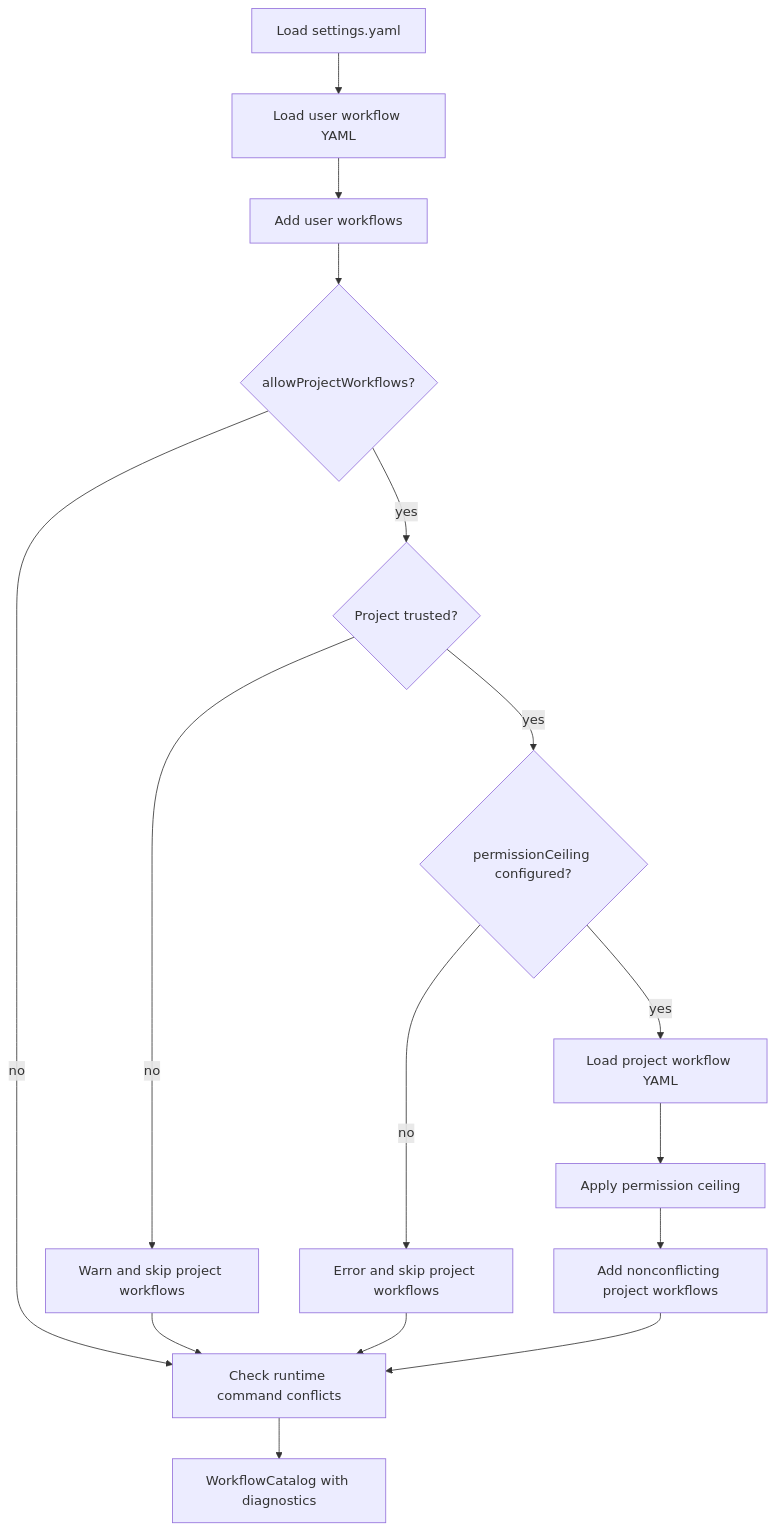
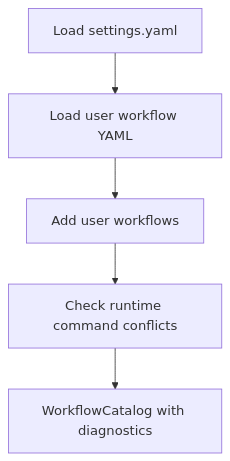
Before and after one commit to wichayutdew/pi-workflows: the fifth of 5 diagrams in openwiki/architecture/overview.md, drawn with Mermaid. The commit also changed other lines of this file and 103 other files, not shown here.

````diff
--- a/openwiki/architecture/overview.md
+++ b/openwiki/architecture/overview.md
@@ -136,18 +135,7 @@
 ```mermaid
 flowchart TD
   Settings[Load settings.yaml] --> UserDir[Load user workflow YAML]
   UserDir --> AddUser[Add user workflows]
-  AddUser --> ProjectEnabled{allowProjectWorkflows?}
-  ProjectEnabled -- no --> RuntimeConflicts[Check runtime command conflicts]
-  ProjectEnabled -- yes --> Trusted{Project trusted?}
-  Trusted -- no --> Warning[Warn and skip project workflows]
-  Trusted -- yes --> CeilingSet{permissionCeiling configured?}
-  CeilingSet -- no --> Error[Error and skip project workflows]
-  CeilingSet -- yes --> ProjectDir[Load project workflow YAML]
-  ProjectDir --> CeilingCheck[Apply permission ceiling]
-  CeilingCheck --> AddProject[Add nonconflicting project workflows]
-  AddProject --> RuntimeConflicts
-  Warning --> RuntimeConflicts
-  Error --> RuntimeConflicts
+  AddUser --> RuntimeConflicts[Check runtime command conflicts]
   RuntimeConflicts --> Catalog[WorkflowCatalog with diagnostics]
 ```
````
